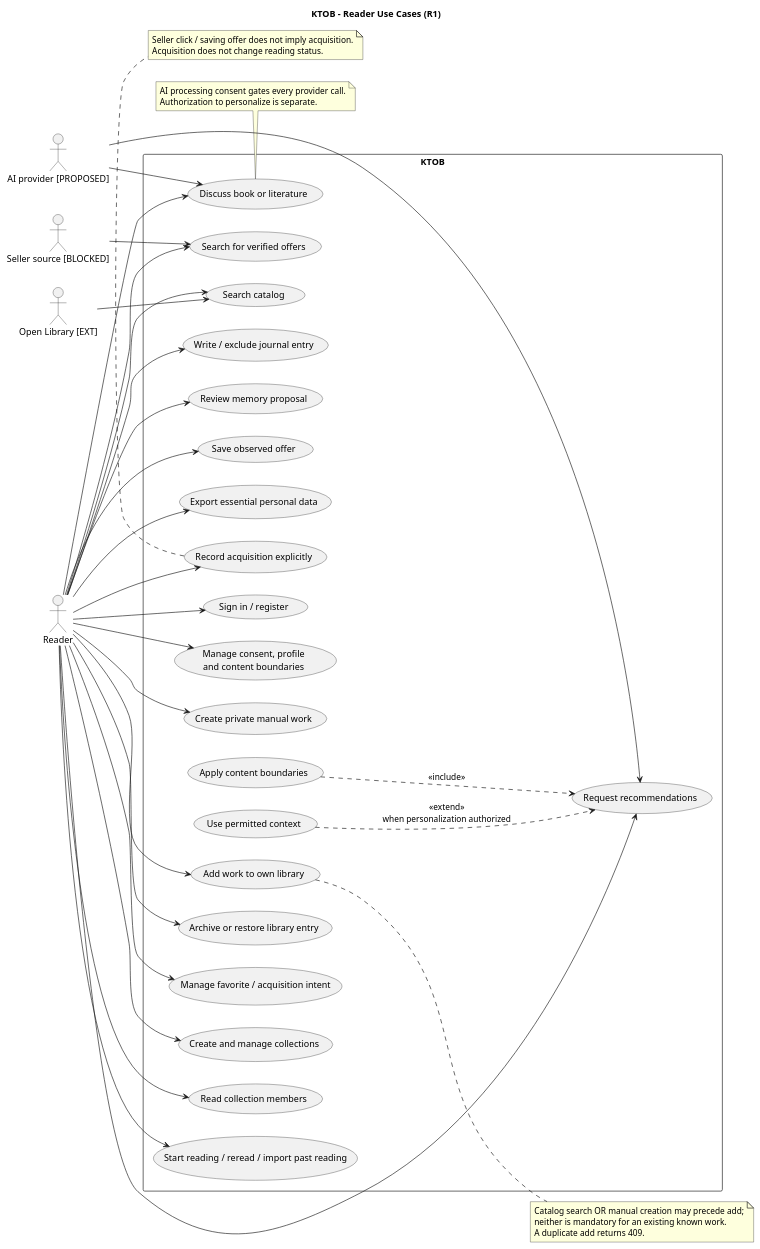
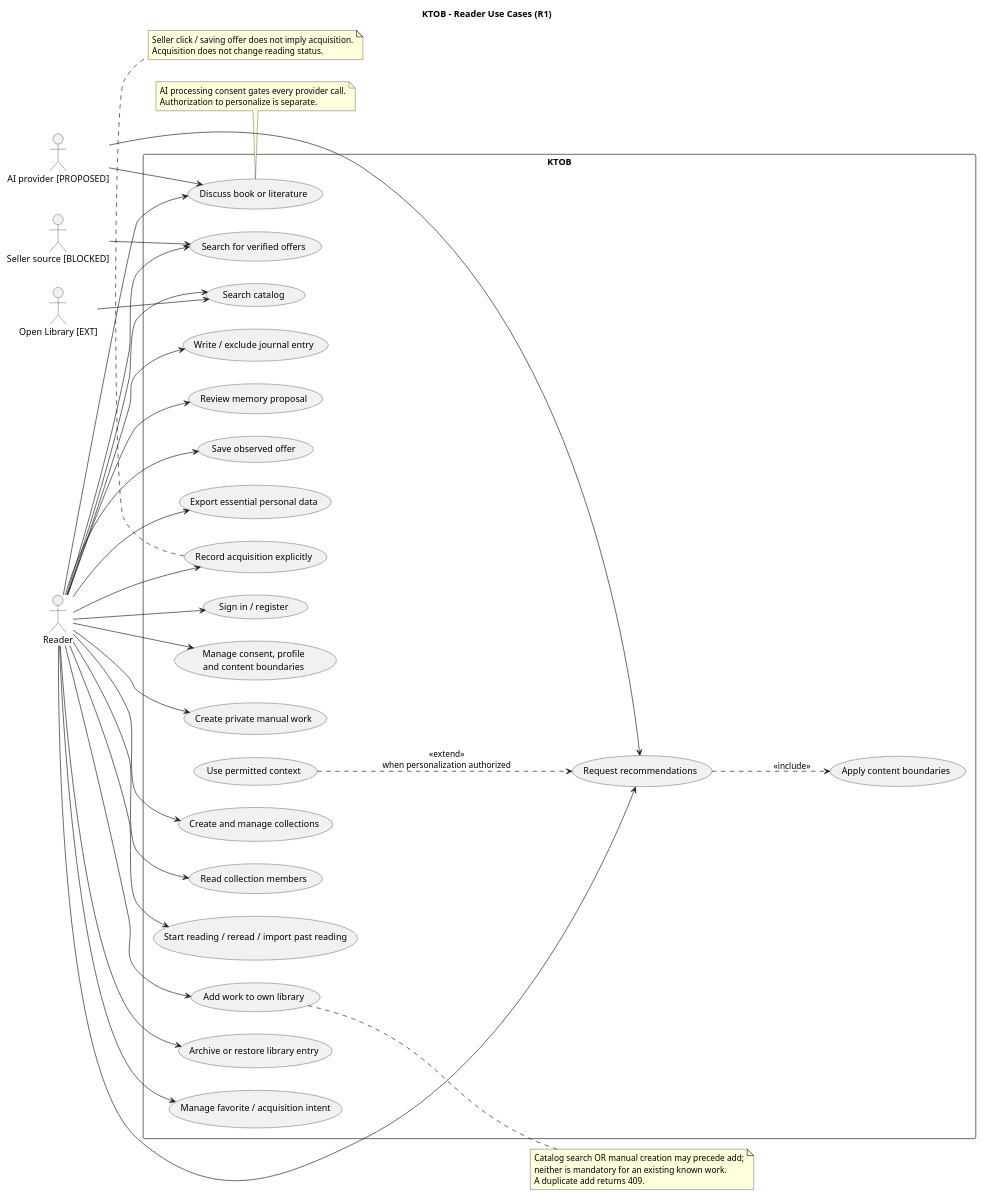
Before and after one commit to Adam-BArbia/ktob-literary-companion: the diagram in docs/uml/01-use-cases.puml, drawn with PlantUML. The commit also changed 2 other files, not shown here.

Commit message:
docs(uml): correct include direction and export dependency cycle

```diff
--- a/docs/uml/01-use-cases.puml
+++ b/docs/uml/01-use-cases.puml
@@ -1,68 +1,68 @@
 @startuml KTOB_01_use_cases
 title KTOB - Reader Use Cases (R1)
 left to right direction
 skinparam packageStyle rectangle
 actor Reader
 actor "Open Library [EXT]" as Catalog
 actor "AI provider [PROPOSED]" as AI
 actor "Seller source [BLOCKED]" as Seller
 rectangle "KTOB" {
  usecase "Sign in / register" as UAuth
  usecase "Manage consent, profile\nand content boundaries" as UPrivacy
  usecase "Search catalog" as USearch
  usecase "Create private manual work" as UManual
  usecase "Add work to own library" as UAdd
  usecase "Archive or restore library entry" as UArchive
  usecase "Manage favorite / acquisition intent" as UFavorite
  usecase "Create and manage collections" as UCollect
  usecase "Read collection members" as UMembers
  usecase "Start reading / reread / import past reading" as URead
  usecase "Write / exclude journal entry" as UJournal
  usecase "Discuss book or literature" as UChat
  usecase "Review memory proposal" as UMemory
  usecase "Request recommendations" as URecommend
  usecase "Use permitted context" as UContext
  usecase "Apply content boundaries" as UBoundary
  usecase "Search for verified offers" as UFind
  usecase "Save observed offer" as USave
  usecase "Record acquisition explicitly" as UAcquire
  usecase "Export essential personal data" as UExport
 }
 Reader --> UAuth
 Reader --> UPrivacy
 Reader --> USearch
 Reader --> UManual
 Reader --> UAdd
 Reader --> UArchive
 Reader --> UFavorite
 Reader --> UCollect
 Reader --> UMembers
 Reader --> URead
 Reader --> UJournal
 Reader --> UChat
 Reader --> UMemory
 Reader --> URecommend
 Reader --> UFind
 Reader --> USave
 Reader --> UAcquire
 Reader --> UExport
 UContext ..> URecommend : <<extend>>\nwhen personalization authorized
-UBoundary ..> URecommend : <<include>>
+URecommend ..> UBoundary : <<include>>
 Catalog --> USearch
 AI --> UChat
 AI --> URecommend
 Seller --> UFind
 note right of UAdd
 Catalog search OR manual creation may precede add;
 neither is mandatory for an existing known work.
 A duplicate add returns 409.
 end note
 note bottom of UChat
 AI processing consent gates every provider call.
 Authorization to personalize is separate.
 end note
 note bottom of UAcquire
 Seller click / saving offer does not imply acquisition.
 Acquisition does not change reading status.
 end note
 @enduml
```
